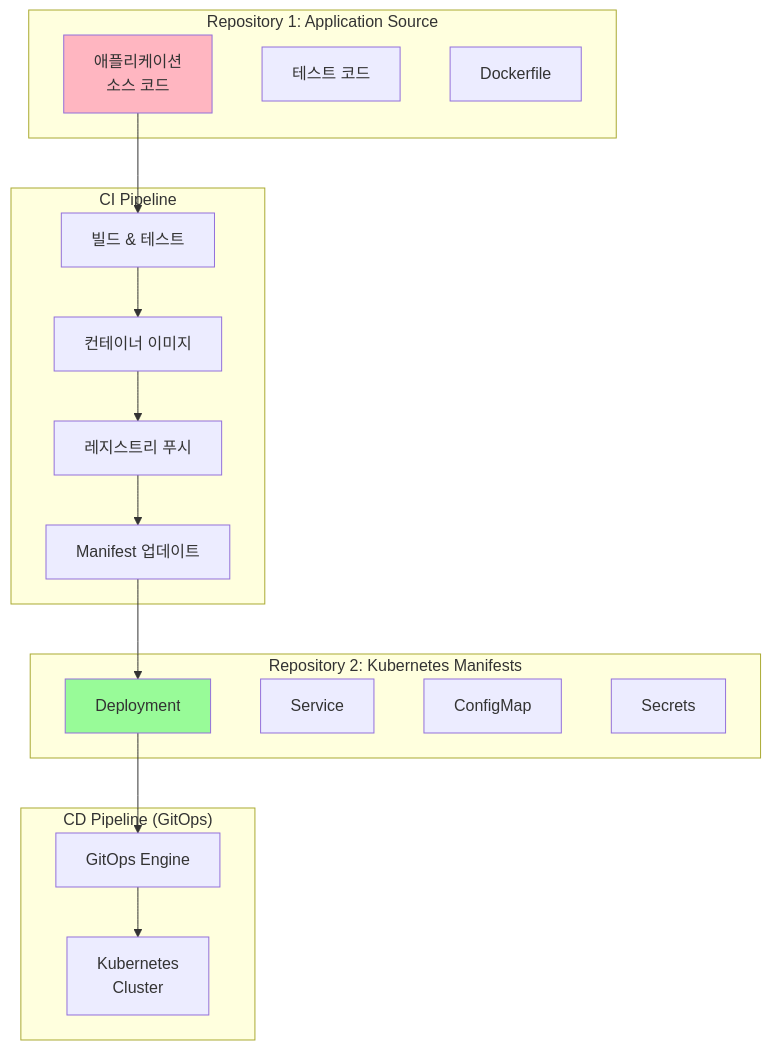
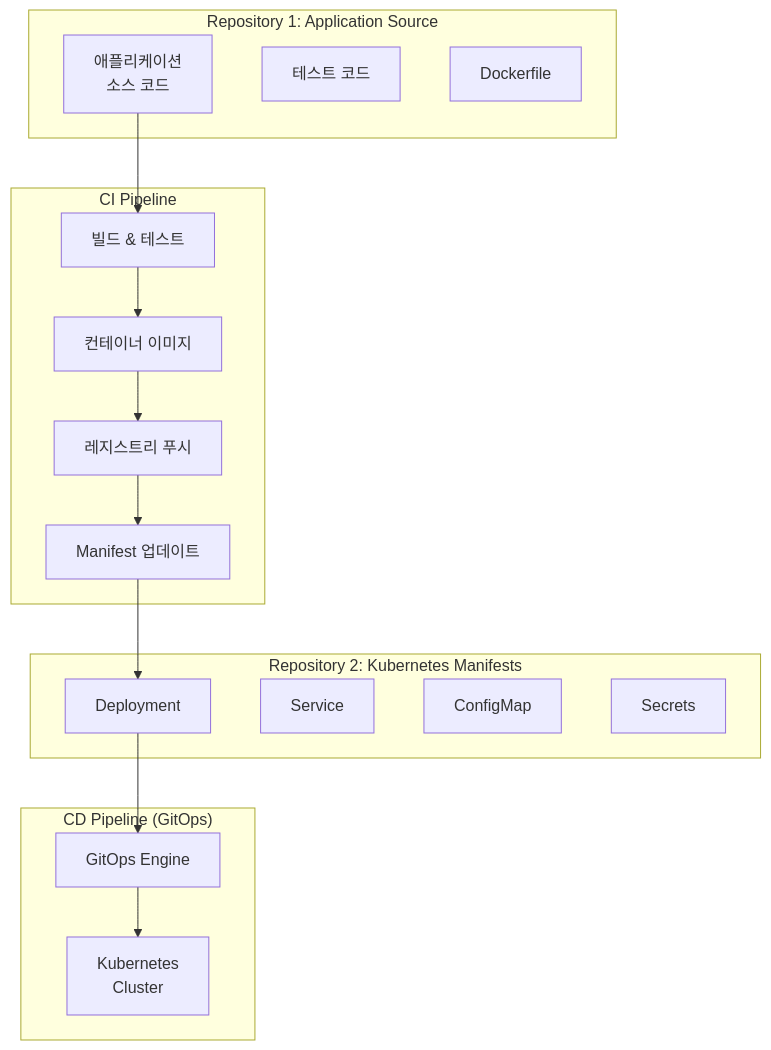
Before and after one commit to juwon8891/juwon8891.github.io: diagram 21 of 41 in docs/cicd/week1-image-build.md, drawn with Mermaid. The commit also changed other lines of this file and 18 other files, not shown here.

Commit message:
Remove bright colors from Mermaid diagrams for dark mode compatibility

````diff
--- a/docs/cicd/week1-image-build.md
+++ b/docs/cicd/week1-image-build.md
@@ -1282,40 +1230,38 @@
 ```mermaid
 graph TB
     subgraph "Repository 1: Application Source"
         APP_CODE[애플리케이션<br/>소스 코드]
         APP_TESTS[테스트 코드]
         APP_DOCKER[Dockerfile]
 
-        style APP_CODE fill:#FFB6C1
     end
 
     subgraph "Repository 2: Kubernetes Manifests"
         K8S_DEP[Deployment]
         K8S_SVC[Service]
         K8S_CM[ConfigMap]
         K8S_SEC[Secrets]
 
-        style K8S_DEP fill:#98FB98
     end
 
     subgraph "CI Pipeline"
         BUILD[빌드 & 테스트]
         IMAGE[컨테이너 이미지]
         PUSH[레지스트리 푸시]
         UPDATE[Manifest 업데이트]
     end
 
     subgraph "CD Pipeline (GitOps)"
         GITOPS[GitOps Engine]
         CLUSTER[Kubernetes<br/>Cluster]
     end
 
     APP_CODE --> BUILD
     BUILD --> IMAGE
     IMAGE --> PUSH
     PUSH --> UPDATE
     UPDATE --> K8S_DEP
 
     K8S_DEP --> GITOPS
     GITOPS --> CLUSTER
 ```
````
